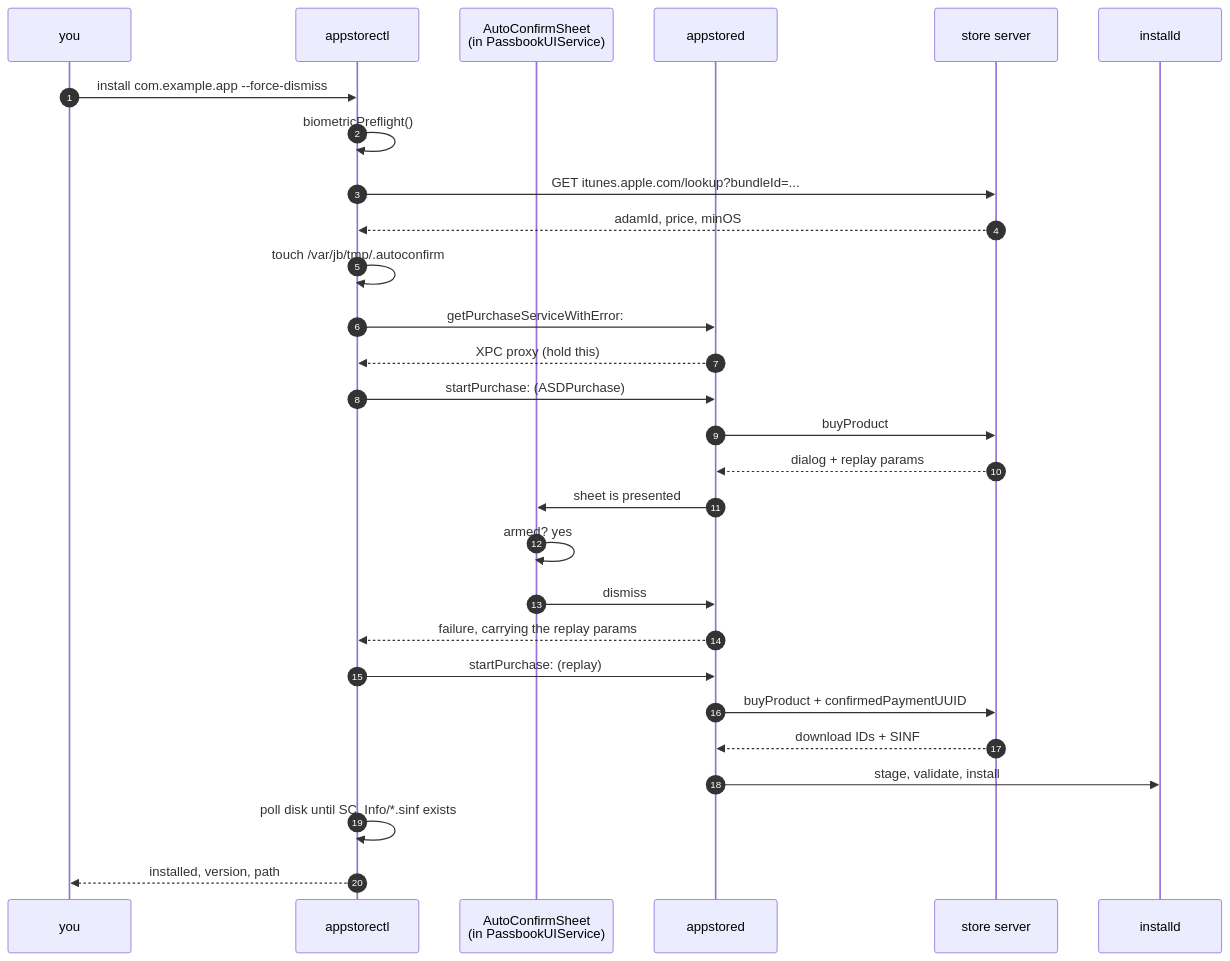
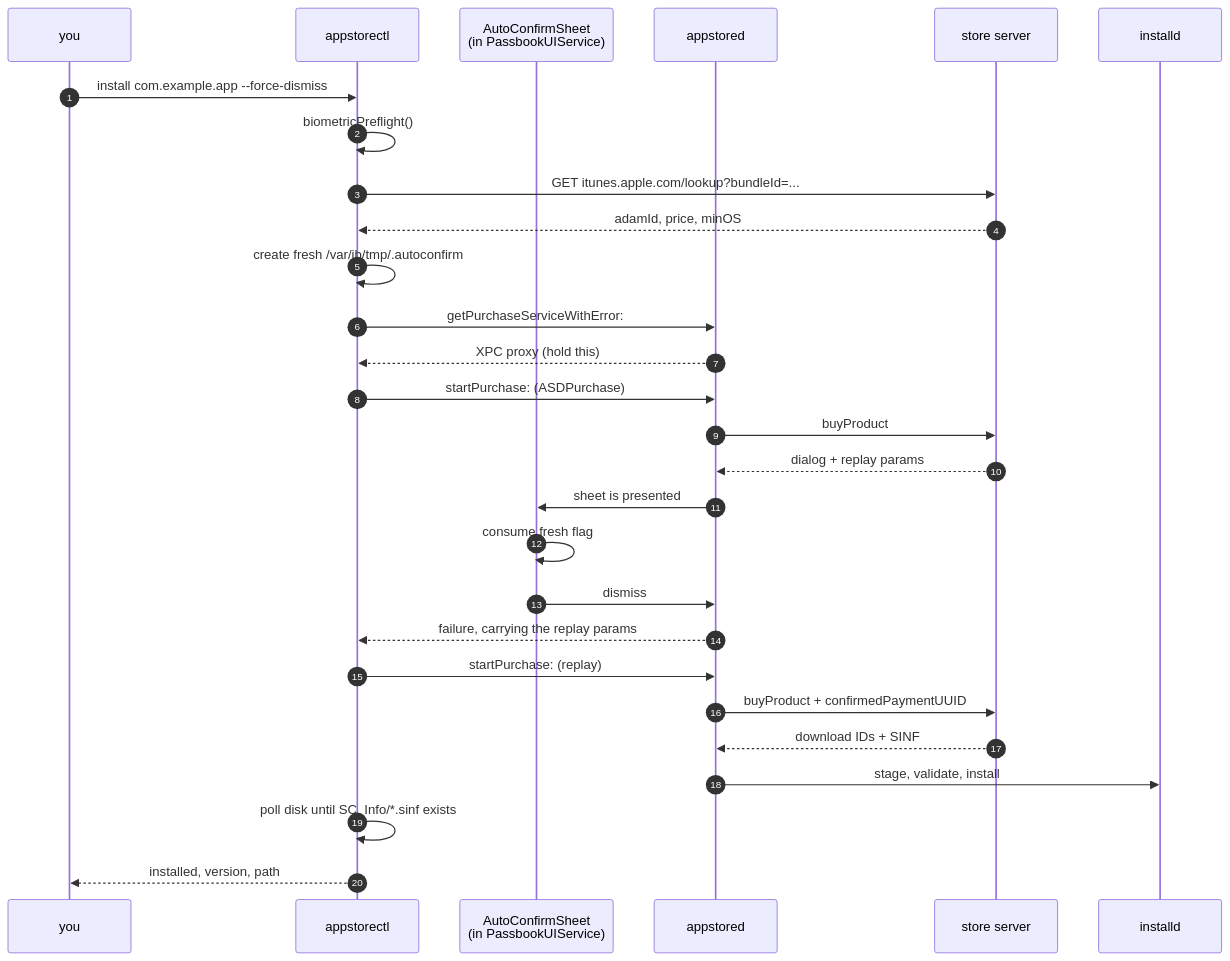
Before and after one commit to appknox/appstorectl: the second of 7 diagrams in docs/HOW-IT-WORKS.md, drawn with Mermaid. The commit also changed other lines of this file and 38 other files, not shown here.

````diff
--- a/docs/HOW-IT-WORKS.md
+++ b/docs/HOW-IT-WORKS.md
@@ -41,31 +41,31 @@
 ```mermaid
 sequenceDiagram
     autonumber
     participant U as you
     participant C as appstorectl
     participant W as AutoConfirmSheet<br/>(in PassbookUIService)
     participant A as appstored
     participant S as store server
     participant I as installd
 
     U->>C: install com.example.app --force-dismiss
     C->>C: biometricPreflight()
     C->>S: GET itunes.apple.com/lookup?bundleId=...
     S-->>C: adamId, price, minOS
-    C->>C: touch /var/jb/tmp/.autoconfirm
+    C->>C: create fresh /var/jb/tmp/.autoconfirm
     C->>A: getPurchaseServiceWithError:
     A-->>C: XPC proxy (hold this)
     C->>A: startPurchase: (ASDPurchase)
     A->>S: buyProduct
     S-->>A: dialog + replay params
     A->>W: sheet is presented
-    W->>W: armed? yes
+    W->>W: consume fresh flag
     W->>A: dismiss
     A-->>C: failure, carrying the replay params
     C->>A: startPurchase: (replay)
     A->>S: buyProduct + confirmedPaymentUUID
     S-->>A: download IDs + SINF
     A->>I: stage, validate, install
     C->>C: poll disk until SC_Info/*.sinf exists
     C-->>U: installed, version, path
 ```
````
